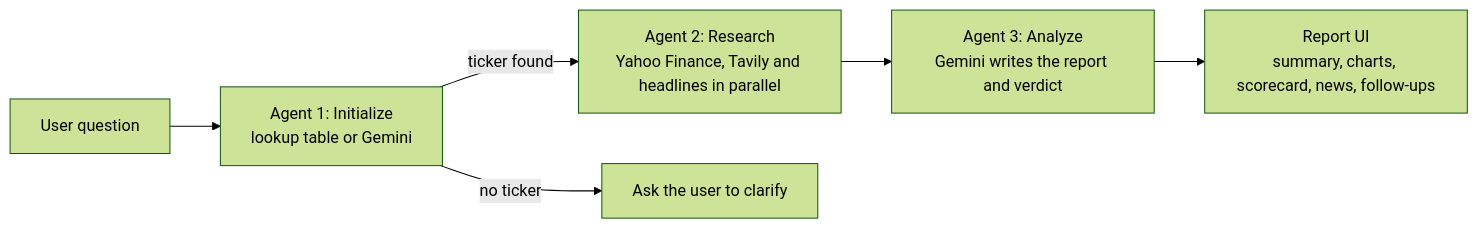
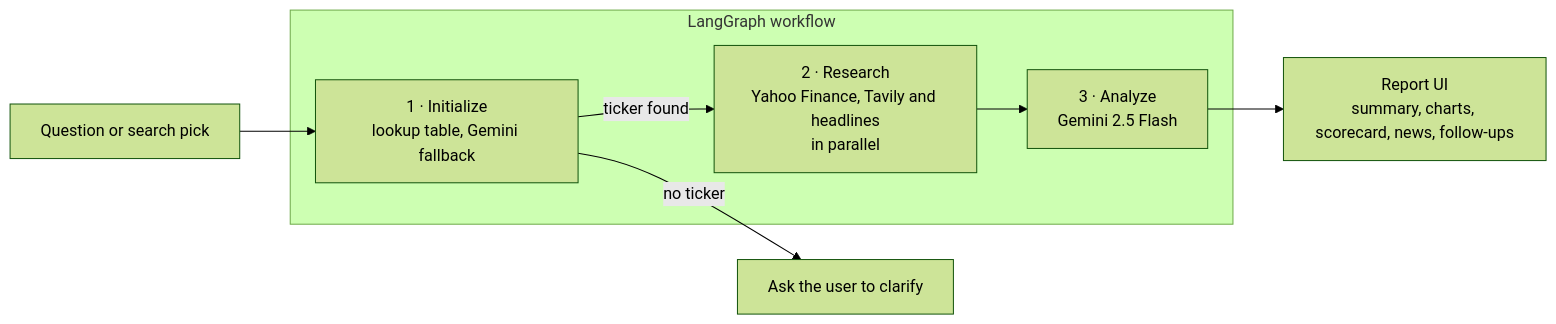
Before and after one commit to ayush-yadav314/financial-agent-ai: the diagram in README.md, drawn with Mermaid (forest theme). The commit also changed other lines of this file, not shown here.

````diff
--- a/README.md
+++ b/README.md
@@ -75,8 +123,10 @@
 ```mermaid
 flowchart LR
-    Q["User question"] --> I["Agent 1: Initialize<br/>lookup table or Gemini"]
-    I -->|ticker found| R["Agent 2: Research<br/>Yahoo Finance, Tavily and headlines in parallel"]
+    subgraph G["LangGraph workflow"]
+        I["1 · Initialize<br/>lookup table, Gemini fallback"] -->|ticker found| R["2 · Research<br/>Yahoo Finance, Tavily and headlines<br/>in parallel"]
+        R --> A["3 · Analyze<br/>Gemini 2.5 Flash"]
+    end
+    Q["Question or search pick"] --> I
     I -->|no ticker| C["Ask the user to clarify"]
-    R --> A["Agent 3: Analyze<br/>Gemini writes the report and verdict"]
     A --> UI["Report UI<br/>summary, charts, scorecard, news, follow-ups"]
 ```
````
